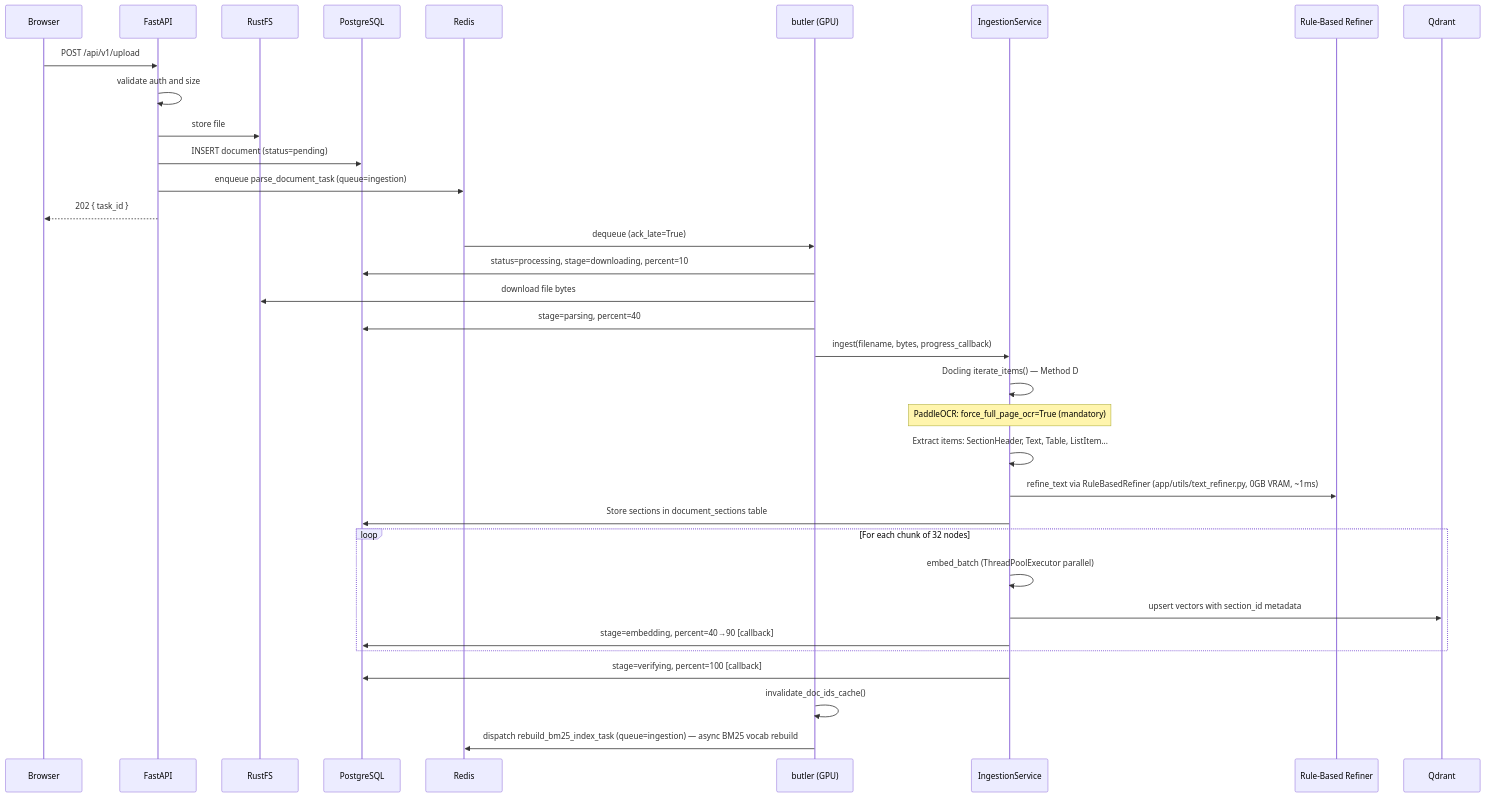
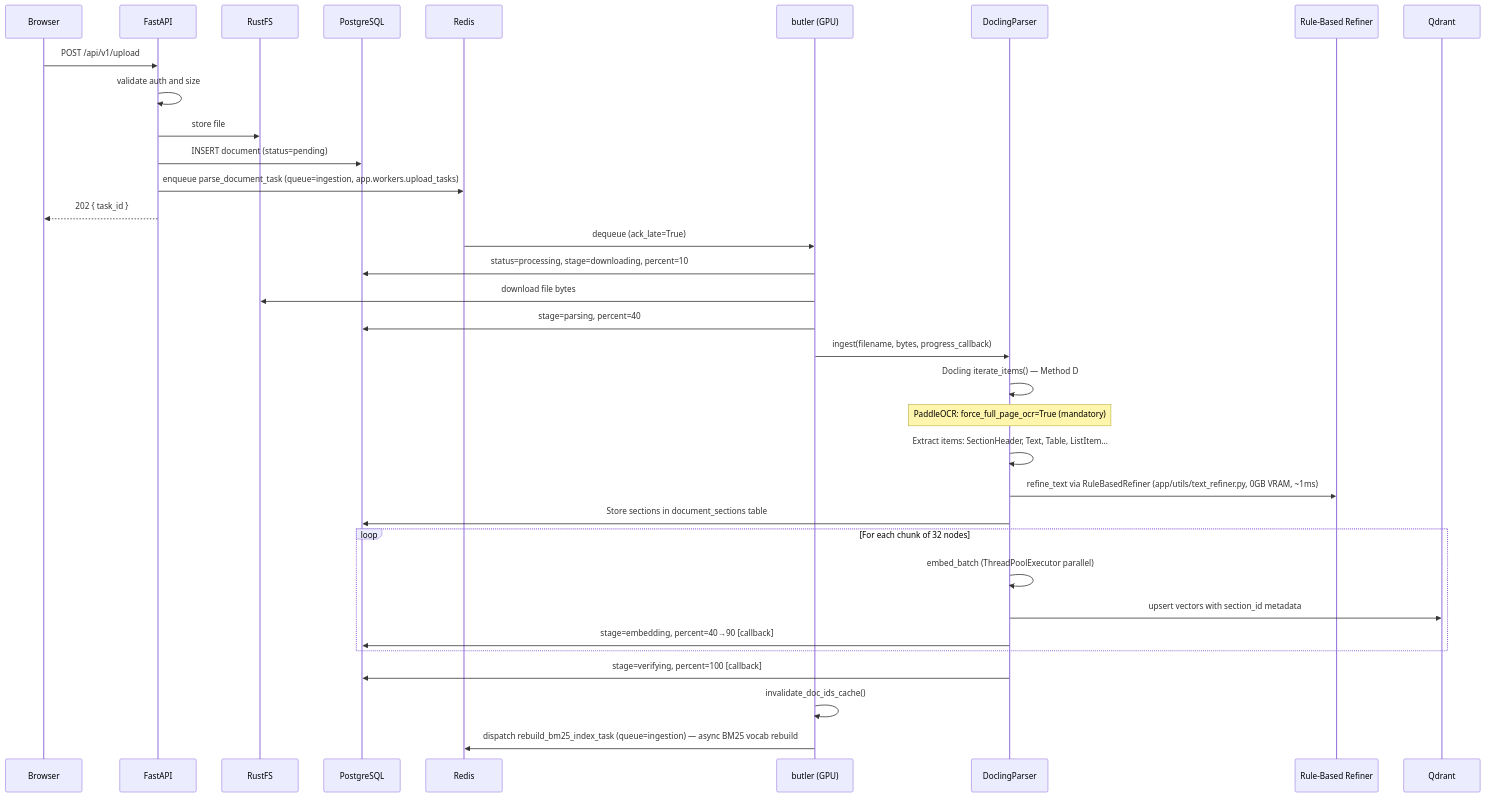
Before and after one commit to qtuanph/chatbot-rag: the first of 5 diagrams in docs/02_WORKFLOWS.md, drawn with Mermaid. The commit also changed other lines of this file and 73 other files, not shown here.

````diff
--- a/docs/02_WORKFLOWS.md
+++ b/docs/02_WORKFLOWS.md
@@ -7,42 +7,42 @@
 ```mermaid
 sequenceDiagram
     participant Browser
     participant API as FastAPI
     participant RustFS
     participant DB as PostgreSQL
     participant Redis
     participant Worker as butler (GPU)
-    participant Pipeline as IngestionService
+    participant Pipeline as DoclingParser
     participant Refiner as Rule-Based Refiner
     participant Qdrant
 
     Browser->>API: POST /api/v1/upload
     API->>API: validate auth and size
     API->>RustFS: store file
     API->>DB: INSERT document (status=pending)
-    API->>Redis: enqueue parse_document_task (queue=ingestion)
+    API->>Redis: enqueue parse_document_task (queue=ingestion, app.workers.upload_tasks)
     API-->>Browser: 202 { task_id }
 
     Redis->>Worker: dequeue (ack_late=True)
     Worker->>DB: status=processing, stage=downloading, percent=10
     Worker->>RustFS: download file bytes
 
     Worker->>DB: stage=parsing, percent=40
     Worker->>Pipeline: ingest(filename, bytes, progress_callback)
 
     Pipeline->>Pipeline: Docling iterate_items() — Method D
     Note over Pipeline: PaddleOCR: force_full_page_ocr=True (mandatory)
     Pipeline->>Pipeline: Extract items: SectionHeader, Text, Table, ListItem...
     Pipeline->>Refiner: refine_text via RuleBasedRefiner (app/utils/text_refiner.py, 0GB VRAM, ~1ms)
     Pipeline->>DB: Store sections in document_sections table
 
     loop For each chunk of 32 nodes
         Pipeline->>Pipeline: embed_batch (ThreadPoolExecutor parallel)
         Pipeline->>Qdrant: upsert vectors with section_id metadata
         Pipeline->>DB: stage=embedding, percent=40→90 [callback]
     end
 
     Pipeline->>DB: stage=verifying, percent=100 [callback]
     Worker->>Worker: invalidate_doc_ids_cache()
     Worker->>Redis: dispatch rebuild_bm25_index_task (queue=ingestion) — async BM25 vocab rebuild
 ```
````
